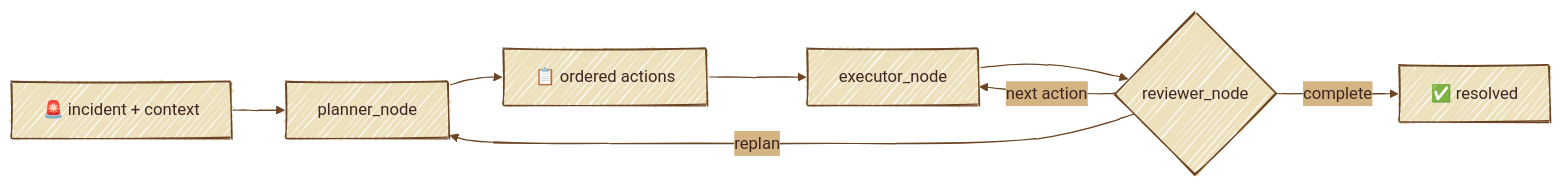
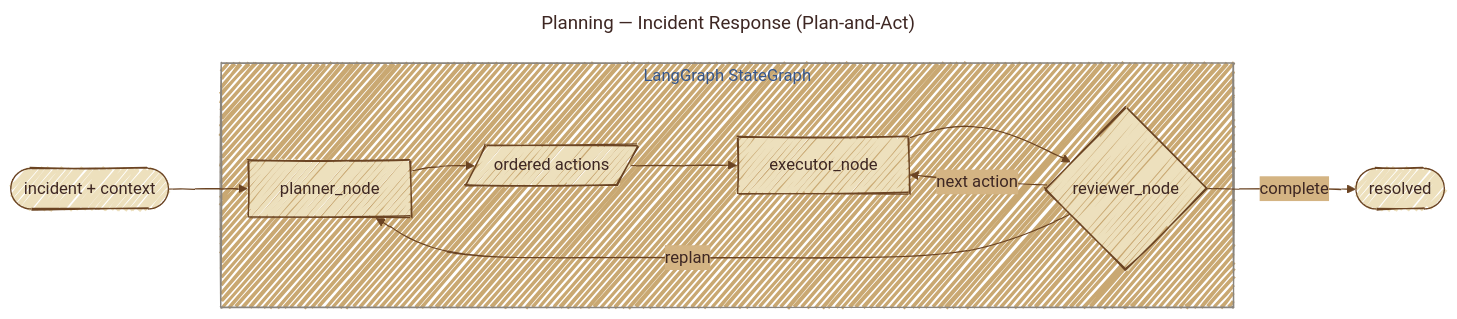
Before and after one commit to gtesei/agentic_design_patterns: the sixth of 29 diagrams in README.md, drawn with Mermaid. The commit also changed other lines of this file, not shown here.

Commit message:
docs(1_prompt_chain): add Mermaid diagram of the spec→JSON chain

````diff
--- a/README.md
+++ b/README.md
@@ -405,14 +447,22 @@
 ```mermaid
+---
+title: Planning — Incident Response (Plan-and-Act)
+---
 %%{init: {'look':'handDrawn','theme':'base','themeVariables':{'background':'#f5ecd9','primaryColor':'#ede0bd','primaryBorderColor':'#6b4423','primaryTextColor':'#3e2723','lineColor':'#6b4423','secondaryColor':'#d4b483','tertiaryColor':'#c9a872','fontFamily':'Caveat, Patrick Hand, cursive'}}}%%
 flowchart LR
-    Inc["🚨 incident + context"]
-    Pl["planner_node"]
-    Plan["📋 ordered actions"]
-    Ex["executor_node"]
-    Rv{"reviewer_node"}
-    Done["✅ resolved"]
-    Inc --> Pl --> Plan --> Ex --> Rv
-    Rv -- complete --> Done
-    Rv -- next action --> Ex
-    Rv -- replan --> Pl
+    Inc([incident + context])
+    Done([resolved])
+
+    subgraph graph ["LangGraph StateGraph"]
+        Pl[planner_node]
+        Plan[/ordered actions/]
+        Ex[executor_node]
+        Rv{reviewer_node}
+        Pl --> Plan --> Ex --> Rv
+        Rv -- "next action" --> Ex
+        Rv -- "replan" --> Pl
+    end
+
+    Inc --> Pl
+    Rv -- "complete" --> Done
 ```
````
